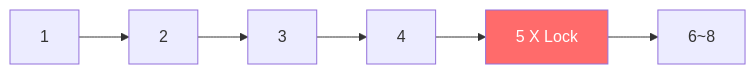
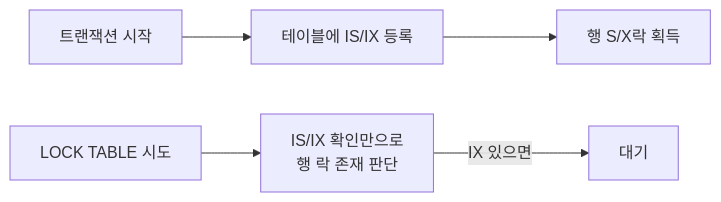
One commit to yjkim2015/yjkim2015.github.io changed the second of 4 diagrams in _posts/db/2026-05-01-db-locks.md. Above: the diagram before and after it, drawn with Mermaid. The commit also changed other lines of this file and 4 other files, not shown here.

````diff
--- a/_posts/db/2026-05-01-db-locks.md
+++ b/_posts/db/2026-05-01-db-locks.md
@@ -50,5 +62,7 @@
 ```mermaid
 graph LR
-    R1["1"] --> R2["2"] --> R3["3"] --> R4["4"] --> R5["5 X Lock"] --> R6["6~8"]
-    style R5 fill:#ff6b6b,color:#fff
+    TX["트랜잭션 시작"] --> IS["테이블에 IS/IX 등록"]
+    IS --> RowLock["행 S/X락 획득"]
+    TableLock["LOCK TABLE 시도"] --> Check["IS/IX 확인만으로\n행 락 존재 판단"]
+    Check -->|"IX 있으면"| Wait["대기"]
 ```
````
